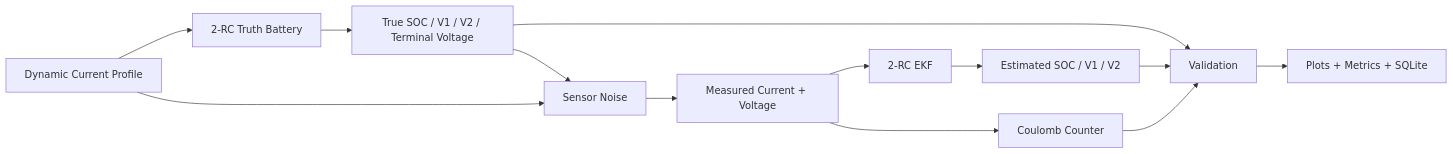
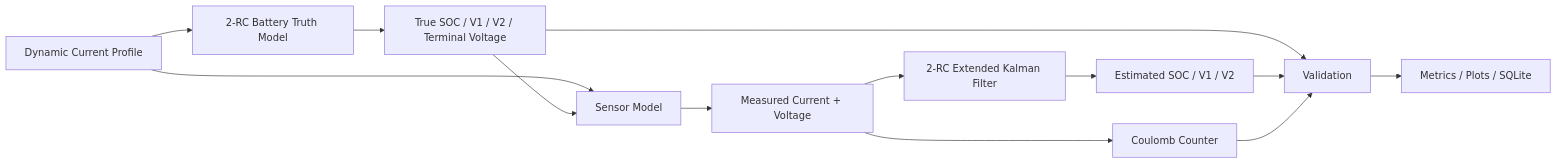
The diagram in README.md (savbcar/battery-digital-twin), drawn with Mermaid before and after one commit. The commit also changed other lines of this file, not shown here.

````diff
--- a/README.md
+++ b/README.md
@@ -31,15 +39,21 @@
 ```mermaid
 flowchart LR
-    A[Dynamic Current Profile] --> B[2-RC Truth Battery]
+    A[Dynamic Current Profile] --> B[2-RC Battery Truth Model]
     B --> C[True SOC / V1 / V2 / Terminal Voltage]
-    C --> D[Sensor Noise]
-    A --> D
+
+    A --> D[Sensor Model]
+    C --> D
+
     D --> E[Measured Current + Voltage]
-    E --> F[2-RC EKF]
+
+    E --> F[2-RC Extended Kalman Filter]
     E --> G[Coulomb Counter]
+
     F --> H[Estimated SOC / V1 / V2]
+
     C --> I[Validation]
     H --> I
     G --> I
-    I --> J[Plots + Metrics + SQLite]
+
+    I --> J[Metrics / Plots / SQLite]
 ```
````
